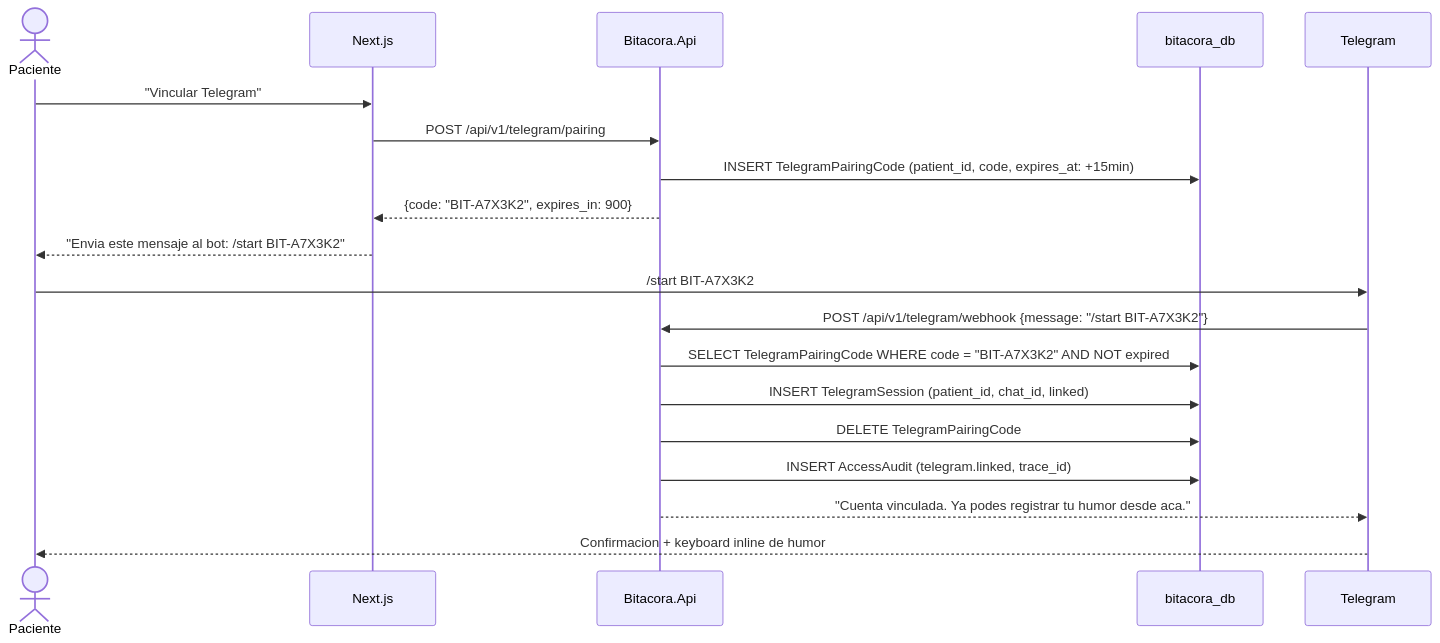
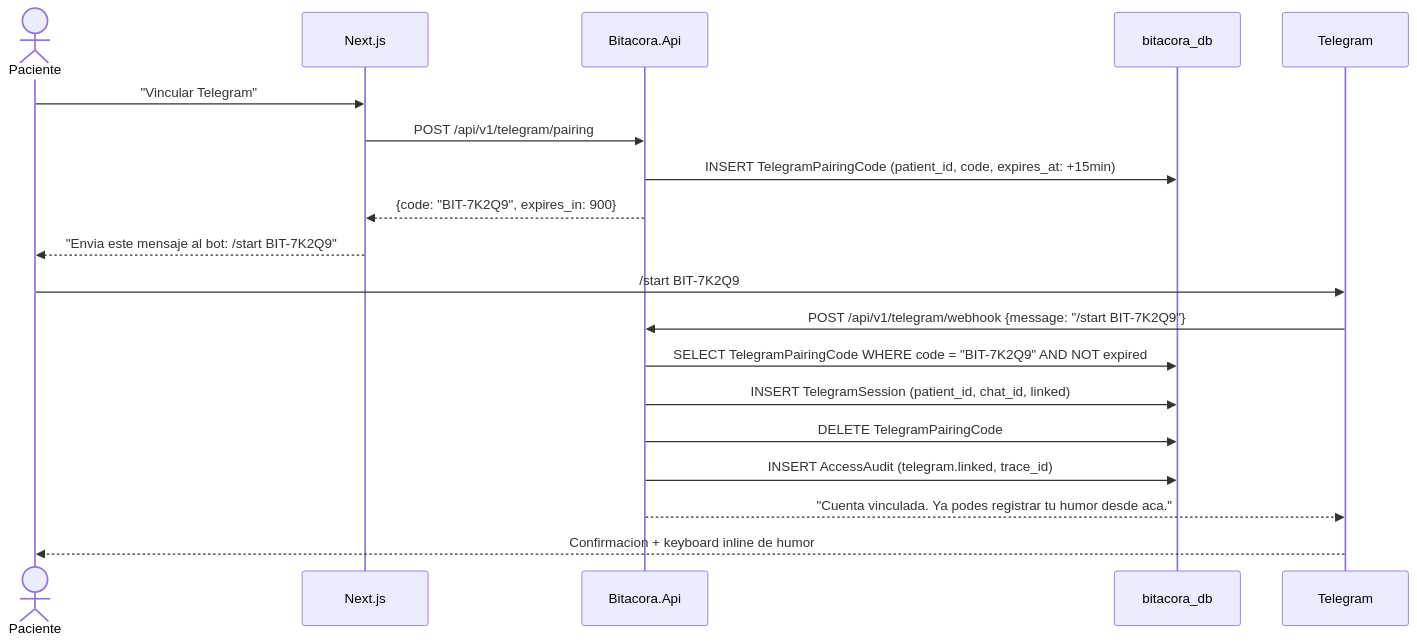
Before and after one commit to fgpaz/bitacora: the diagram in .docs/wiki/03_FL/FL-TG-01.md, drawn with Mermaid. The commit also changed 317 other files, not shown here.

````diff
--- a/.docs/wiki/03_FL/FL-TG-01.md
+++ b/.docs/wiki/03_FL/FL-TG-01.md
@@ -27,23 +27,23 @@
 ```mermaid
 sequenceDiagram
     actor P as Paciente
     participant WEB as Next.js
     participant API as Bitacora.Api
     participant DB as bitacora_db
     participant TG as Telegram
 
     P->>WEB: "Vincular Telegram"
     WEB->>API: POST /api/v1/telegram/pairing
     API->>DB: INSERT TelegramPairingCode (patient_id, code, expires_at: +15min)
-    API-->>WEB: {code: "BIT-A7X3K2", expires_in: 900}
-    WEB-->>P: "Envia este mensaje al bot: /start BIT-A7X3K2"
+    API-->>WEB: {code: "BIT-7K2Q9", expires_in: 900}
+    WEB-->>P: "Envia este mensaje al bot: /start BIT-7K2Q9"
 
-    P->>TG: /start BIT-A7X3K2
-    TG->>API: POST /api/v1/telegram/webhook {message: "/start BIT-A7X3K2"}
-    API->>DB: SELECT TelegramPairingCode WHERE code = "BIT-A7X3K2" AND NOT expired
+    P->>TG: /start BIT-7K2Q9
+    TG->>API: POST /api/v1/telegram/webhook {message: "/start BIT-7K2Q9"}
+    API->>DB: SELECT TelegramPairingCode WHERE code = "BIT-7K2Q9" AND NOT expired
     API->>DB: INSERT TelegramSession (patient_id, chat_id, linked)
     API->>DB: DELETE TelegramPairingCode
     API->>DB: INSERT AccessAudit (telegram.linked, trace_id)
     API-->>TG: "Cuenta vinculada. Ya podes registrar tu humor desde aca."
     TG-->>P: Confirmacion + keyboard inline de humor
 ```
````
